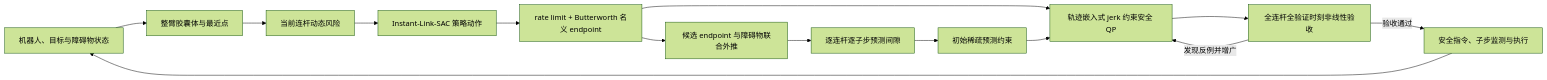
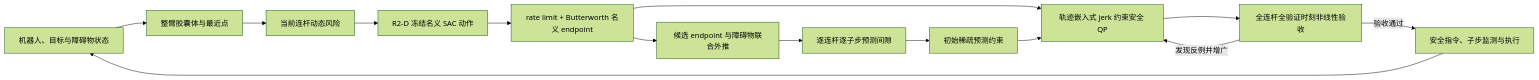
Before and after one commit to 123456super/rl_arm: the diagram in docs/thesis/thesis_outline.md, drawn with Mermaid (forest theme). The commit also changed other lines of this file and 4390 other files, not shown here.

````diff
--- a/docs/thesis/thesis_outline.md
+++ b/docs/thesis/thesis_outline.md
@@ -120,16 +120,16 @@
 ```mermaid
 flowchart LR
     A[机器人、目标与障碍物状态] --> B[整臂胶囊体与最近点]
     B --> C[当前连杆动态风险]
-    C --> F[Instant-Link-SAC 策略动作]
+    C --> F[R2-D 冻结名义 SAC 动作]
     F --> G[rate limit + Butterworth 名义 endpoint]
     G --> D[候选 endpoint 与障碍物联合外推]
     D --> E[逐连杆逐子步预测间隙]
     E --> H[初始稀疏预测约束]
     G --> I[轨迹嵌入式 jerk 约束安全 QP]
     H --> I
     I --> K[全连杆全验证时刻非线性验收]
     K -->|发现反例并增广| I
     K -->|验收通过| J[安全指令、子步监测与执行]
     J --> A
 ```
````
